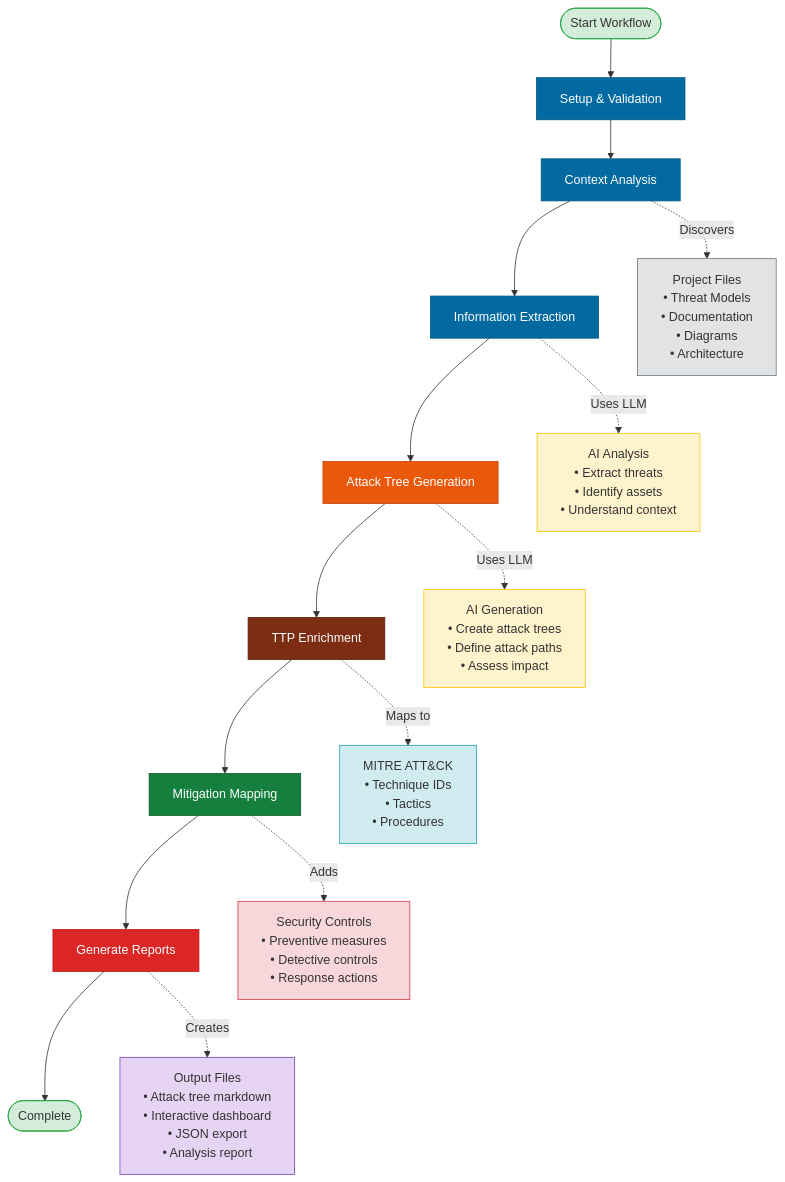
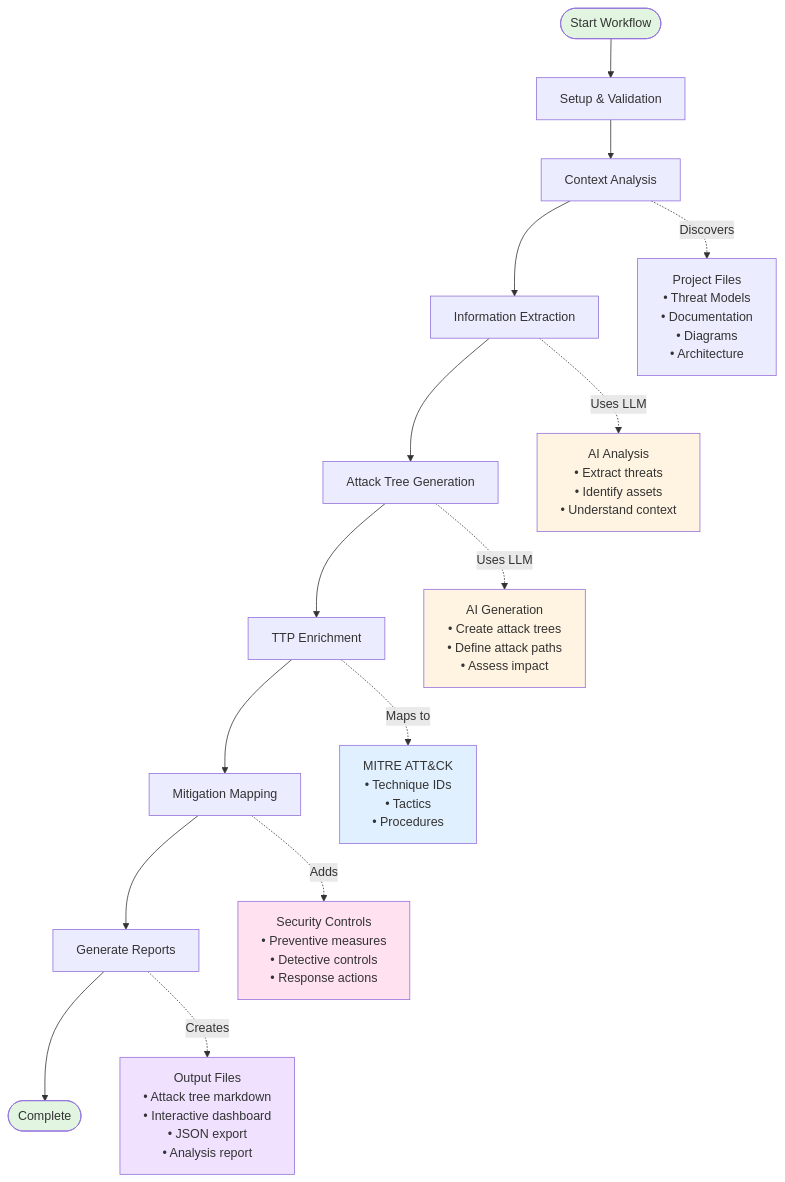
The diagram in docs/how-it-works.md (aws-samples/sample-agentic-attack-tree-generator), drawn with Mermaid before and after one commit. The commit also changed 1 other file, not shown here.

````diff
--- a/docs/how-it-works.md
+++ b/docs/how-it-works.md
@@ -13,39 +13,31 @@
 ```mermaid
 graph TB
     Start([Start Workflow]) --> Setup[Setup & Validation]
     Setup --> Context[Context Analysis]
     Context --> Extract[Information Extraction]
     Extract --> Generate[Attack Tree Generation]
     Generate --> Enrich[TTP Enrichment]
     Enrich --> Mitigate[Mitigation Mapping]
     Mitigate --> Summary[Generate Reports]
     Summary --> End([Complete])
-    
+
     Context -.->|Discovers| Files[Project Files<br/>• Threat Models<br/>• Documentation<br/>• Diagrams<br/>• Architecture]
-    
+
     Extract -.->|Uses LLM| AI1[AI Analysis<br/>• Extract threats<br/>• Identify assets<br/>• Understand context]
-    
+
     Generate -.->|Uses LLM| AI2[AI Generation<br/>• Create attack trees<br/>• Define attack paths<br/>• Assess impact]
-    
+
     Enrich -.->|Maps to| MITRE[MITRE ATT&CK<br/>• Technique IDs<br/>• Tactics<br/>• Procedures]
-    
+
     Mitigate -.->|Adds| Controls[Security Controls<br/>• Preventive measures<br/>• Detective controls<br/>• Response actions]
-    
+
     Summary -.->|Creates| Output[Output Files<br/>• Attack tree markdown<br/>• Interactive dashboard<br/>• JSON export<br/>• Analysis report]
-    
-    style Start fill:#d4edda,stroke:#28a745
-    style End fill:#d4edda,stroke:#28a745
-    style Setup fill:#0369a1,stroke:#025a82,color:#fff
-    style Context fill:#0369a1,stroke:#025a82,color:#fff
-    style Extract fill:#0369a1,stroke:#025a82,color:#fff
-    style Generate fill:#ea580c,stroke:#c2410c,color:#fff
-    style Enrich fill:#7c2d12,stroke:#5a1f0a,color:#fff
-    style Mitigate fill:#15803d,stroke:#0f5a2a,color:#fff
-    style Summary fill:#dc2626,stroke:#b91c1c,color:#fff
-    style AI1 fill:#fff3cd,stroke:#ffc107
-    style AI2 fill:#fff3cd,stroke:#ffc107
-    style MITRE fill:#d1ecf1,stroke:#17a2b8
-    style Controls fill:#f8d7da,stroke:#dc3545
-    style Output fill:#e7d4f5,stroke:#6f42c1
-    style Files fill:#e2e3e5,stroke:#6c757d
+
+    style Start fill:#e1f5e1
+    style End fill:#e1f5e1
+    style AI1 fill:#fff4e1
+    style AI2 fill:#fff4e1
+    style MITRE fill:#e1f0ff
+    style Controls fill:#ffe1f0
+    style Output fill:#f0e1ff
 ```
````
